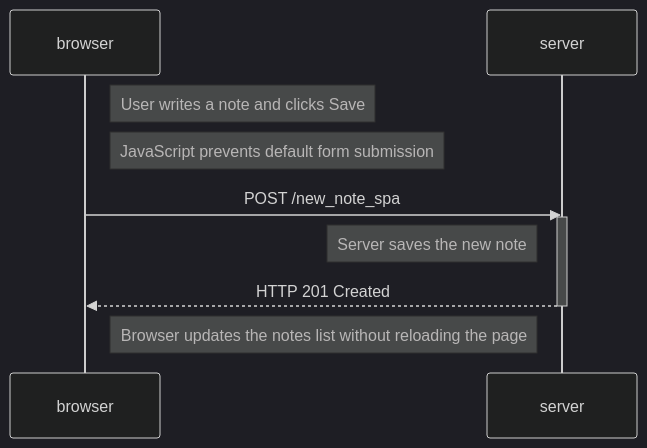
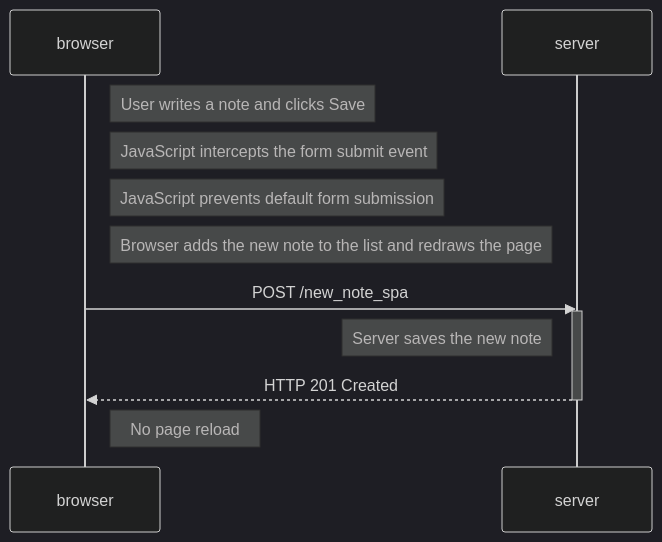
One commit to AlbiKallaba/fullstackopen changed the diagram in part0/0.6.md. Above: the diagram before and after it, drawn with Mermaid (dark theme).

Commit message:
refine part0 exercise 0.6

````diff
--- a/part0/0.6.md
+++ b/part0/0.6.md
@@ -1,17 +1,18 @@
 ```mermaid
 sequenceDiagram
     participant browser
     participant server
 
     Note right of browser: User writes a note and clicks Save
-
+    Note right of browser: JavaScript intercepts the form submit event
     Note right of browser: JavaScript prevents default form submission
+    Note right of browser: Browser adds the new note to the list and redraws the page
 
     browser->>server: POST /new_note_spa
     activate server
     Note left of server: Server saves the new note
     server-->>browser: HTTP 201 Created
     deactivate server
 
-    Note right of browser: Browser updates the notes list without reloading the page
+    Note right of browser: No page reload
 ```
````
